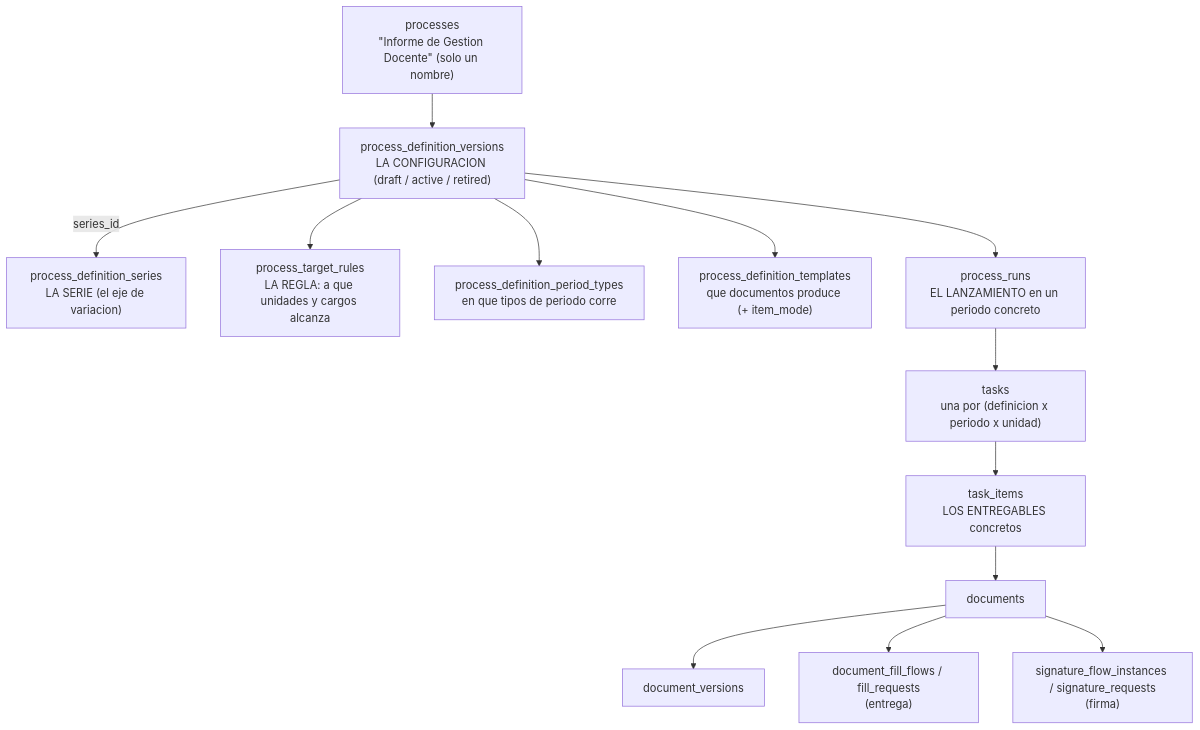
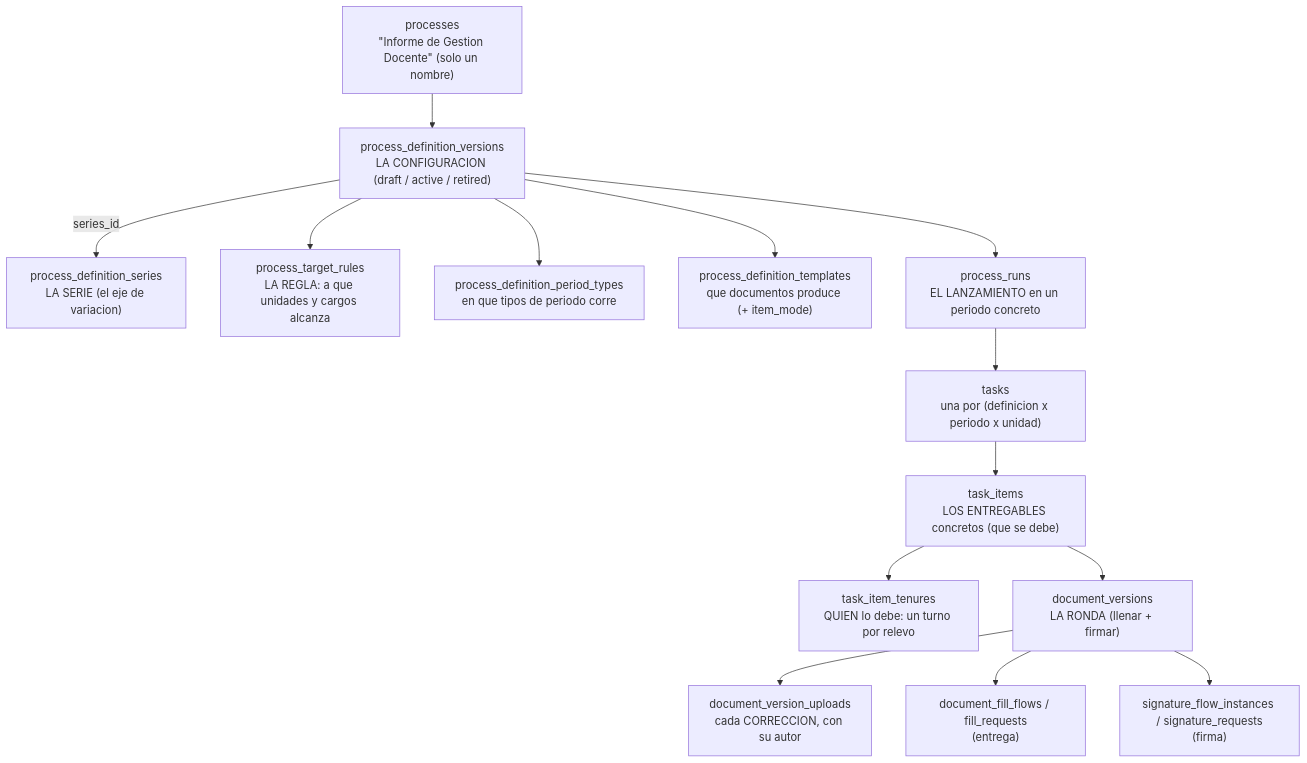
The diagram in docs/src/content/docs/explicacion/datos-motor-de-procesos.md (fresvel/deasy), drawn with Mermaid before and after one commit. The commit also changed other lines of this file and 6 other files, not shown here.

````diff
--- a/docs/src/content/docs/explicacion/datos-motor-de-procesos.md
+++ b/docs/src/content/docs/explicacion/datos-motor-de-procesos.md
@@ -11,30 +11,32 @@
 ```mermaid
 %% diagrama 08 — el motor de procesos, de la definicion al documento entregado y firmado
 flowchart TD
     PROC["processes<br/>#quot;Informe de Gestion Docente#quot; (solo un nombre)"]
     PDV["process_definition_versions<br/>LA CONFIGURACION (draft / active / retired)"]
     PDS["process_definition_series<br/>LA SERIE (el eje de variacion)"]
     PTR["process_target_rules<br/>LA REGLA: a que unidades y cargos alcanza"]
     PDPT["process_definition_period_types<br/>en que tipos de periodo corre"]
     PDT["process_definition_templates<br/>que documentos produce (+ item_mode)"]
     RUNS["process_runs<br/>EL LANZAMIENTO en un periodo concreto"]
     TSK["tasks<br/>una por (definicion x periodo x unidad)"]
-    ITM["task_items<br/>LOS ENTREGABLES concretos"]
-    DOC["documents"]
-    DVER["document_versions"]
+    ITM["task_items<br/>LOS ENTREGABLES concretos (que se debe)"]
+    TEN["task_item_tenures<br/>QUIEN lo debe: un turno por relevo"]
+    DVER["document_versions<br/>LA RONDA (llenar + firmar)"]
+    DVU["document_version_uploads<br/>cada CORRECCION, con su autor"]
     FILL["document_fill_flows / fill_requests<br/>(entrega)"]
     SIG["signature_flow_instances / signature_requests<br/>(firma)"]
 
     PROC --> PDV
     PDV -->|"series_id"| PDS
     PDV --> PTR
     PDV --> PDPT
     PDV --> PDT
     PDV --> RUNS
     RUNS --> TSK
     TSK --> ITM
-    ITM --> DOC
-    DOC --> DVER
-    DOC --> FILL
-    DOC --> SIG
+    ITM --> TEN
+    ITM --> DVER
+    DVER --> DVU
+    DVER --> FILL
+    DVER --> SIG
 ```
````
